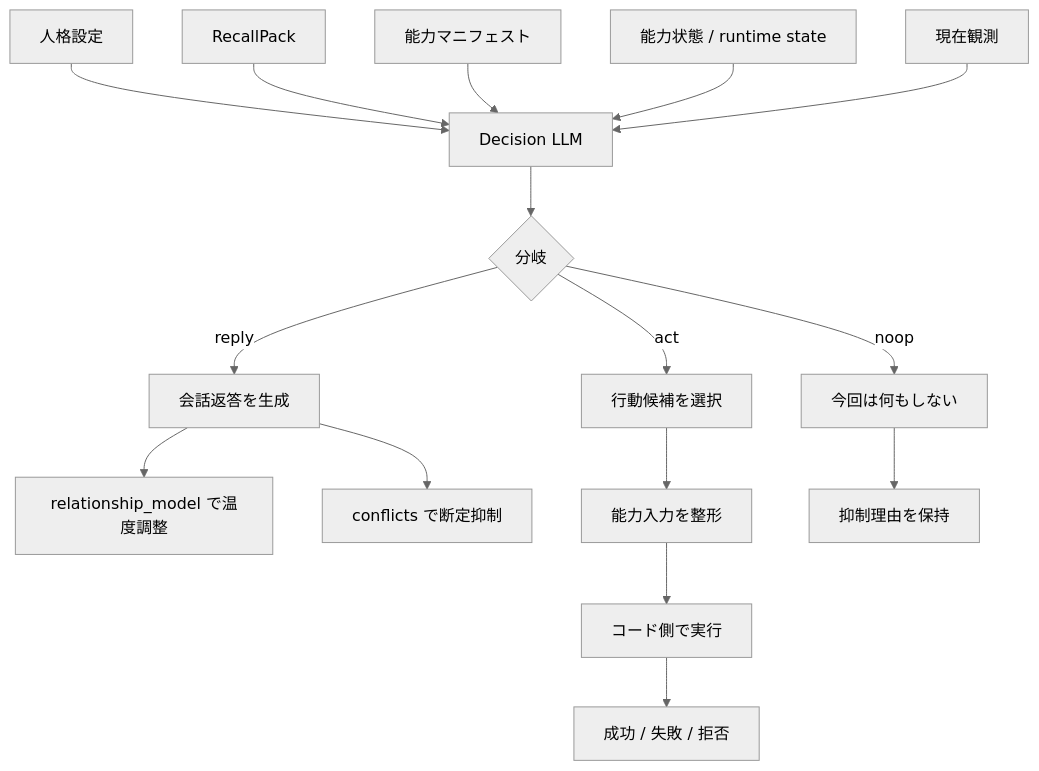
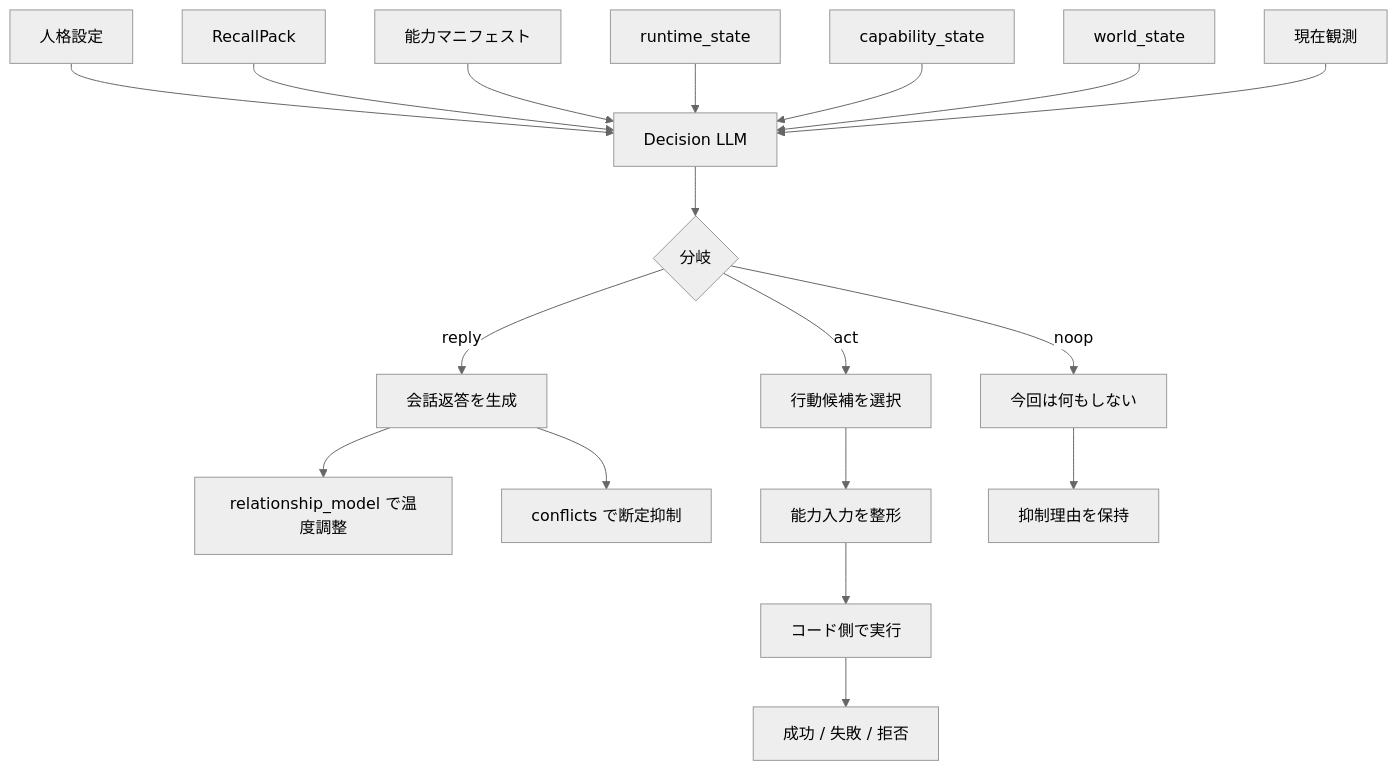
Before and after one commit to hirona98/OtomeKairo: the third of 10 diagrams in docs/reference/memory/02_想起と判断フロー図.md, drawn with Mermaid (neutral theme). The commit also changed other lines of this file and 5 other files, not shown here.

````diff
--- a/docs/reference/memory/02_想起と判断フロー図.md
+++ b/docs/reference/memory/02_想起と判断フロー図.md
@@ -205,22 +205,24 @@
 ```mermaid
 flowchart TD
     A[人格設定] --> E[Decision LLM]
     B[RecallPack] --> E
     C[能力マニフェスト] --> E
-    D[能力状態 / runtime state] --> E
+    D[runtime_state] --> E
+    D2[capability_state] --> E
+    D3[world_state] --> E
     F[現在観測] --> E
 
     E --> G{分岐}
 
     G -->|reply| H[会話返答を生成]
     H --> H1[relationship_model で温度調整]
     H --> H2[conflicts で断定抑制]
 
     G -->|act| I[行動候補を選択]
     I --> I1[能力入力を整形]
     I1 --> I2[コード側で実行]
     I2 --> I3[成功 / 失敗 / 拒否]
 
     G -->|noop| J[今回は何もしない]
     J --> J1[抑制理由を保持]
 ```
````
